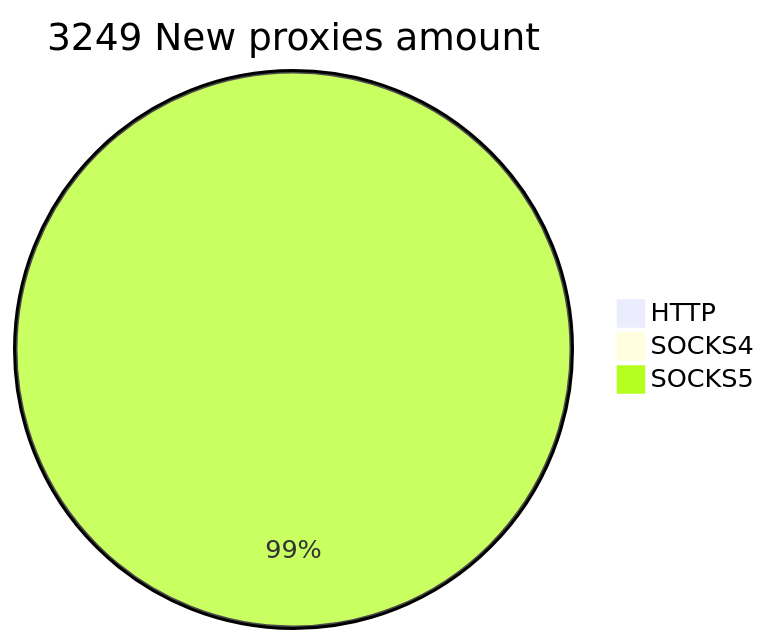
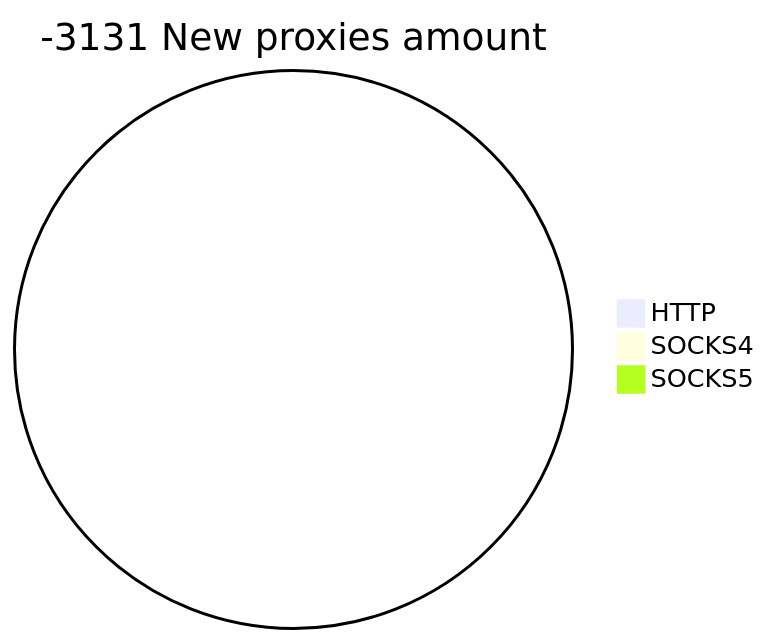
The second of 2 diagrams in README.md (cutipu/proxylist), drawn with Mermaid before and after one commit. The commit also changed other lines of this file, not shown here.

````diff
--- a/README.md
+++ b/README.md
@@ -10,6 +10,6 @@
 ```mermaid
-pie title 3249 New proxies amount
-    "HTTP" : 10
-    "SOCKS4" : 22
-    "SOCKS5" : 3217
+pie title -3131 New proxies amount
+    "HTTP" : 0
+    "SOCKS4" : 0
+    "SOCKS5" : 0
 ```
````
